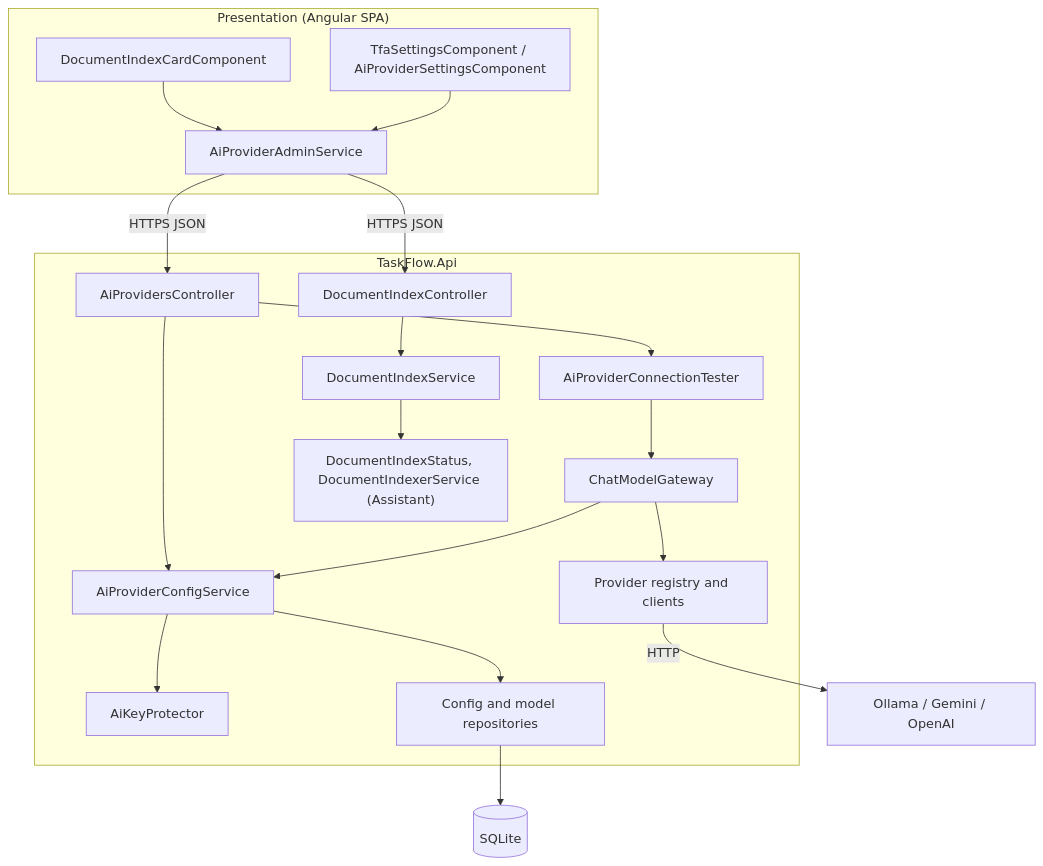
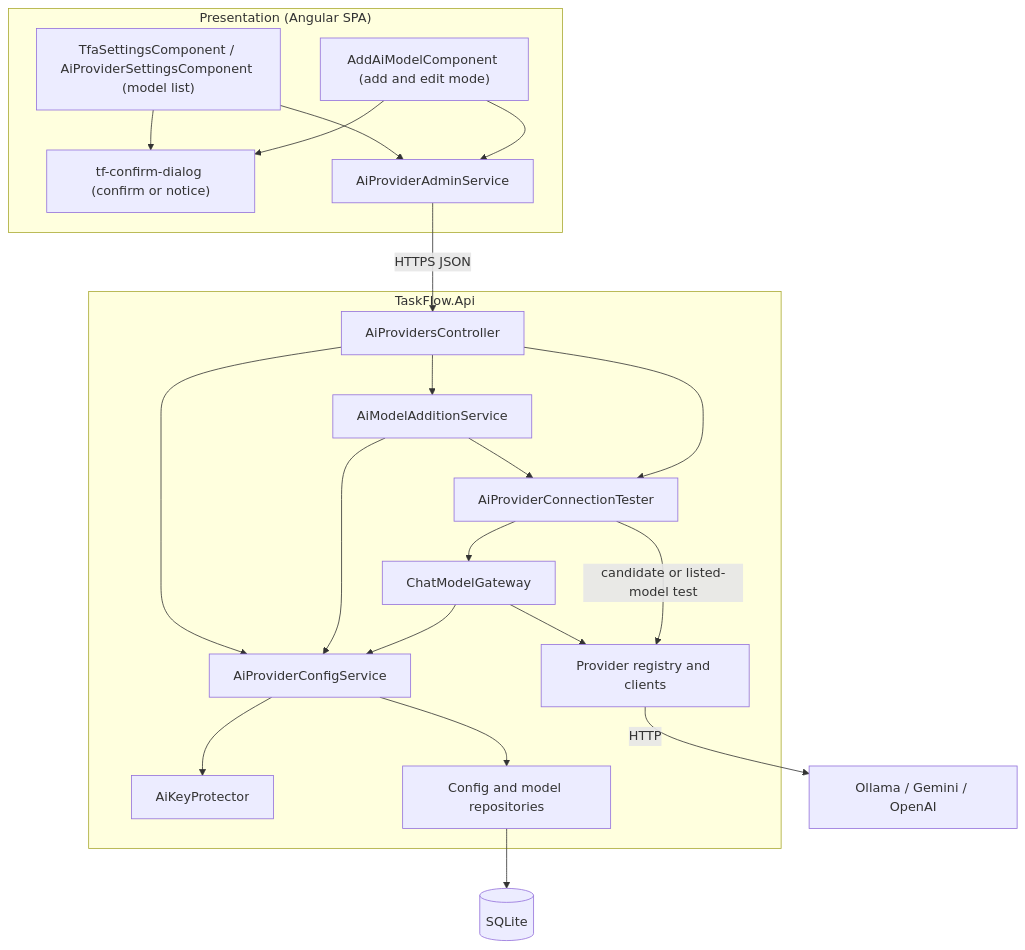
Before and after one commit to jojogeorge3344/TaskFlow-Project: the second of 8 diagrams in TF - Documents/TF - HLD/06-Settings/06.3-TFA-Settings/HLD-TFA-Settings.md, drawn with Mermaid. The commit also changed other lines of this file and 103 other files, not shown here.

First line of the commit message:
feat(tfa): add AI model page, model ID check, read-only model list and edit

````diff
--- a/TF - Documents/TF - HLD/06-Settings/06.3-TFA-Settings/HLD-TFA-Settings.md
+++ b/TF - Documents/TF - HLD/06-Settings/06.3-TFA-Settings/HLD-TFA-Settings.md
@@ -148,29 +165,32 @@
 ```mermaid
 flowchart TB
   subgraph Client["Presentation (Angular SPA)"]
-    PAGE["TfaSettingsComponent / AiProviderSettingsComponent"]
-    CARD["DocumentIndexCardComponent"]
+    PAGE["TfaSettingsComponent / AiProviderSettingsComponent (model list)"]
+    ADD["AddAiModelComponent (add and edit mode)"]
+    DLG["tf-confirm-dialog (confirm or notice)"]
     FSVC["AiProviderAdminService"]
   end
   subgraph Server["TaskFlow.Api"]
     CTRL["AiProvidersController"]
     CFG["AiProviderConfigService"]
+    MADD["AiModelAdditionService"]
     TST["AiProviderConnectionTester"]
     KP["AiKeyProtector"]
     REPO["Config and model repositories"]
     GW["ChatModelGateway"]
     REG["Provider registry and clients"]
-    DCTRL["DocumentIndexController"]
-    DSVC["DocumentIndexService"]
-    DIX["DocumentIndexStatus, DocumentIndexerService (Assistant)"]
   end
-  CARD --> FSVC
-  FSVC -->|"HTTPS JSON"| DCTRL --> DSVC --> DIX
   PAGE --> FSVC -->|"HTTPS JSON"| CTRL
+  PAGE --> DLG
+  ADD --> DLG
+  ADD --> FSVC
   CTRL --> CFG
+  CTRL --> MADD --> TST
+  MADD --> CFG
   CTRL --> TST --> GW --> REG
+  TST -->|"candidate or listed-model test"| REG
   GW --> CFG
   CFG --> KP
   CFG --> REPO --> DB[("SQLite")]
   REG -->|"HTTP"| AI["Ollama / Gemini / OpenAI"]
 ```
````
